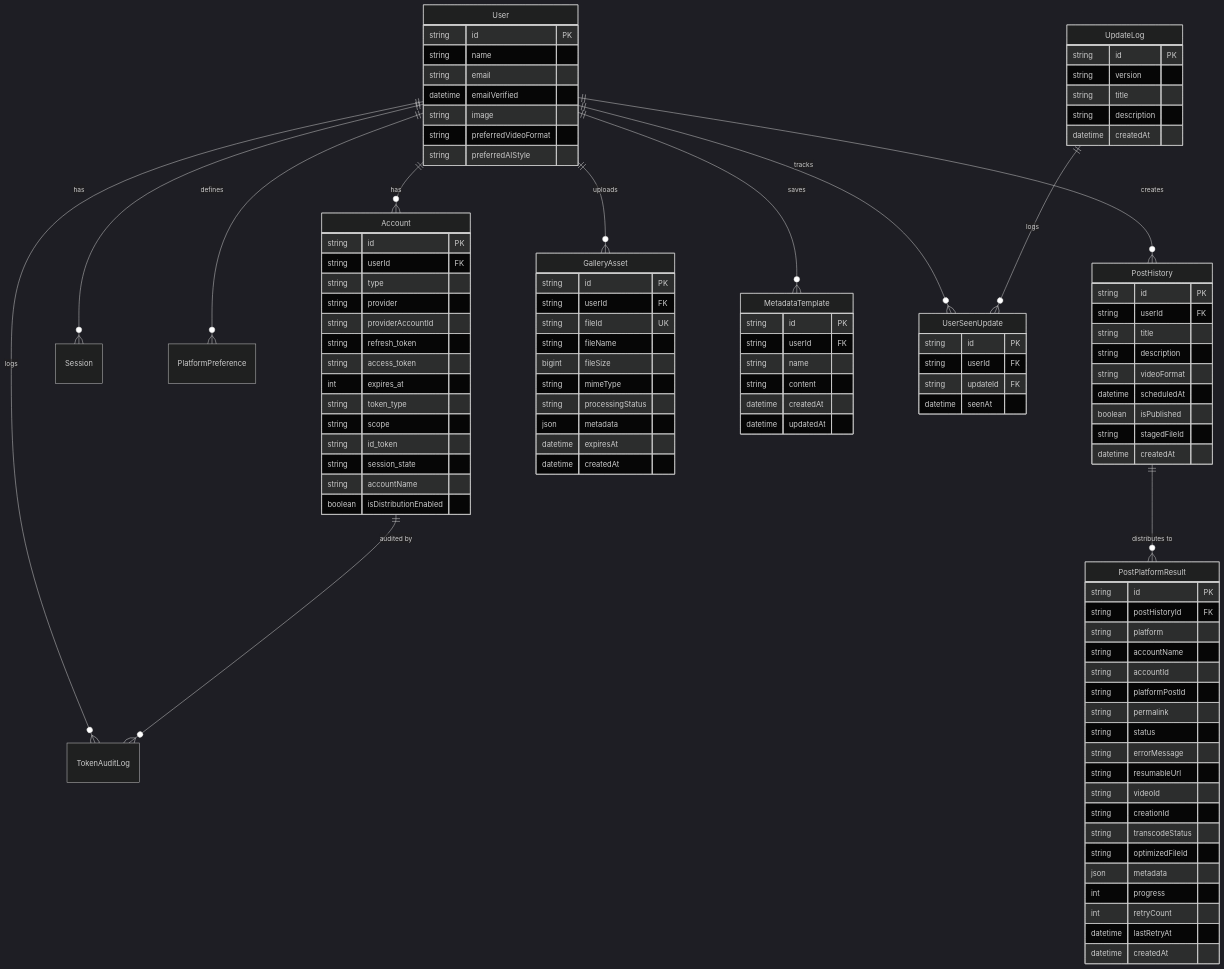
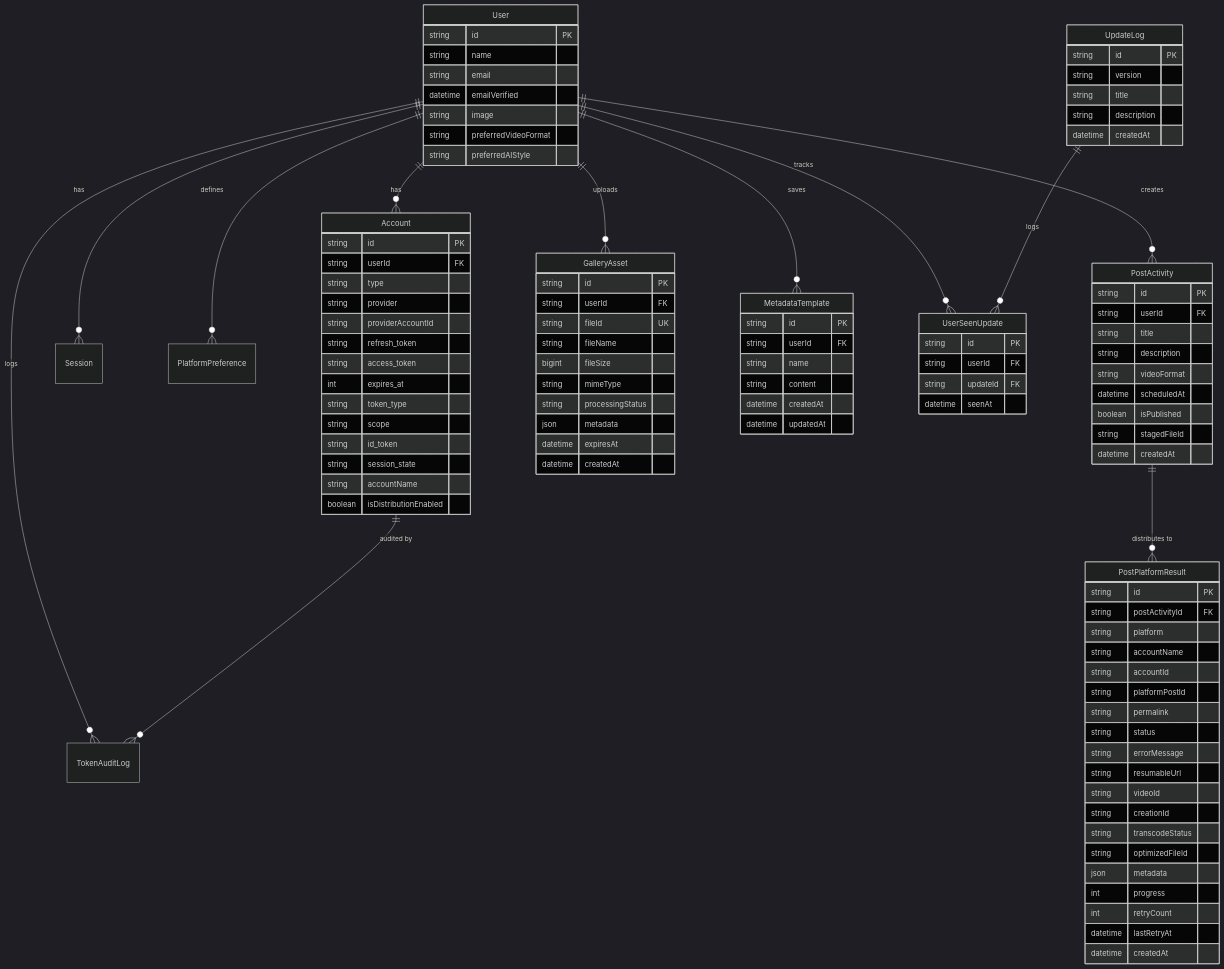
One commit to thoufeeque22/directly.social changed the first of 9 diagrams in docs/ARCHITECTURE.md. Above: the diagram before and after it, drawn with Mermaid (dark theme). The commit also changed other lines of this file and 174 other files, not shown here.

First line of the commit message:
refactor: rename History domain to Activity Hub (#568)

```diff
--- a/docs/ARCHITECTURE.md
+++ b/docs/ARCHITECTURE.md
@@ -28,7 +28,7 @@
     User ||--o{ Account : "has"
     User ||--o{ Session : "has"
     User ||--o{ PlatformPreference : "defines"
-    User ||--o{ PostHistory : "creates"
+    User ||--o{ PostActivity : "creates"
     User ||--o{ GalleryAsset : "uploads"
     User ||--o{ TokenAuditLog : "logs"
     User ||--o{ MetadataTemplate : "saves"
@@ -37,7 +37,7 @@
 
     Account ||--o{ TokenAuditLog : "audited by"
 
-    PostHistory ||--o{ PostPlatformResult : "distributes to"
+    PostActivity ||--o{ PostPlatformResult : "distributes to"
 
     User {
         string id PK
@@ -75,7 +75,7 @@
         boolean isDistributionEnabled
     }
 
-    PostHistory {
+    PostActivity {
         string id PK
         string userId FK
         string title
@@ -89,7 +89,7 @@
 
     PostPlatformResult {
         string id PK
-        string postHistoryId FK
+        string postActivityId FK
         string platform
         string accountName
         string accountId
```
